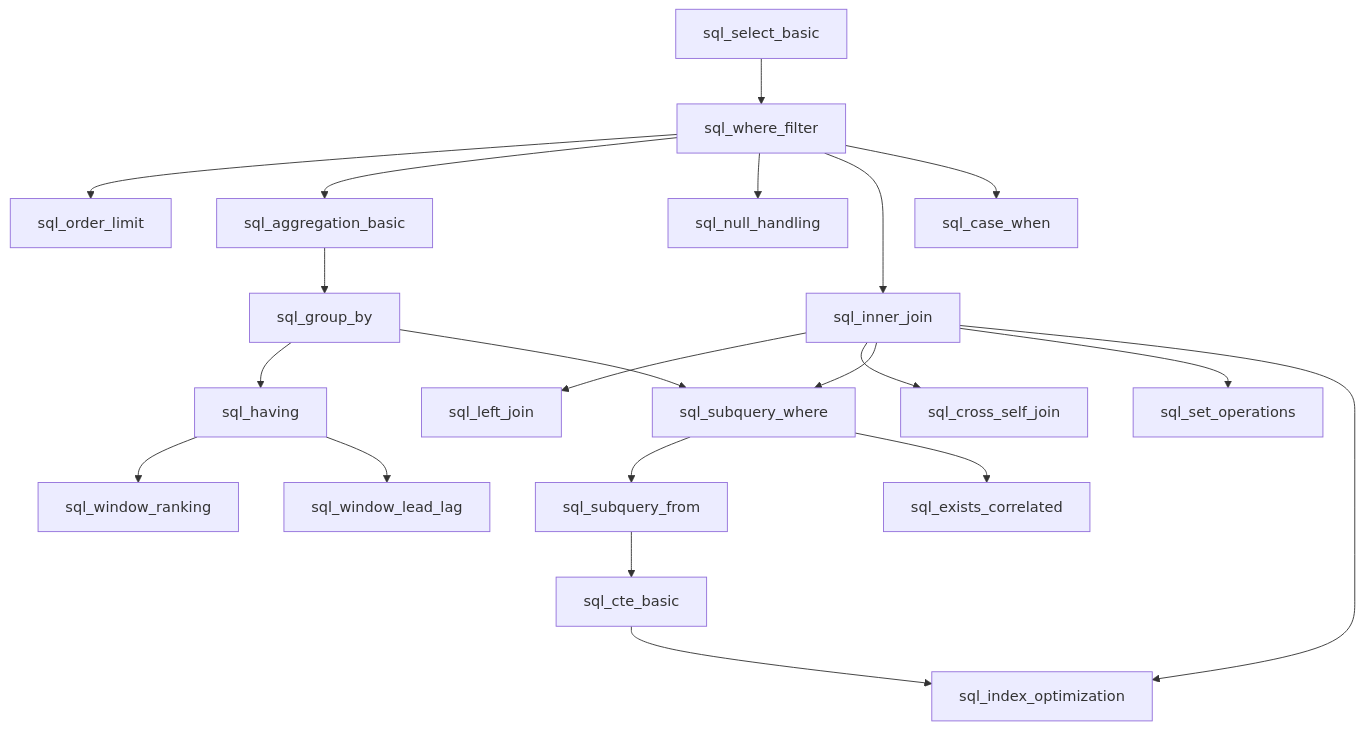
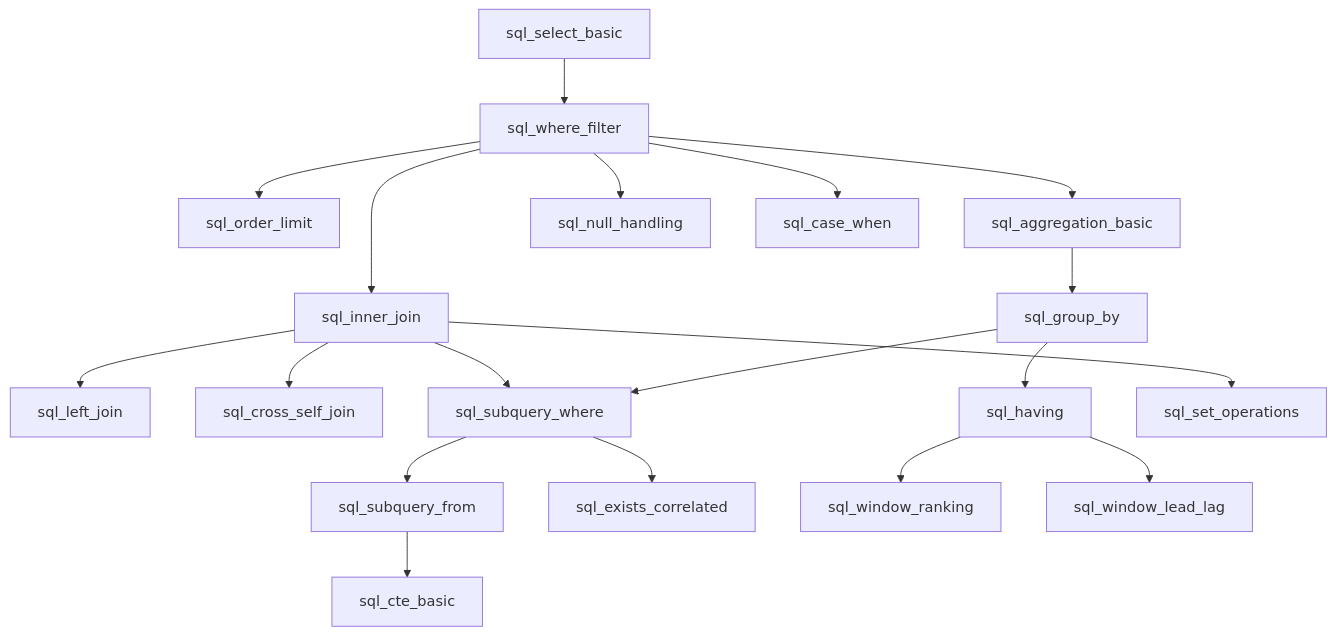
The diagram in .onion/SPEC-knowledge-graph.md (diepvanhieu25-tech/ascend-lms), drawn with Mermaid before and after one commit. The commit also changed other lines of this file and 28 other files, not shown here.

````diff
--- a/.onion/SPEC-knowledge-graph.md
+++ b/.onion/SPEC-knowledge-graph.md
@@ -162,28 +165,27 @@
 ```mermaid
 graph TD
     c1[sql_select_basic] --> c2[sql_where_filter]
     c2 --> c3[sql_order_limit]
     c2 --> c4[sql_aggregation_basic]
     c2 --> c5[sql_null_handling]
     
     c2 --> c6[sql_inner_join]
     c6 --> c7[sql_left_join]
     c6 --> c8[sql_cross_self_join]
     
     c4 --> c9[sql_group_by]
     c9 --> c10[sql_having]
     
     c6 --> c11[sql_subquery_where]
     c9 --> c11
     c11 --> c12[sql_subquery_from]
     c11 --> c13[sql_exists_correlated]
     
     c6 --> c14[sql_set_operations]
     c2 --> c15[sql_case_when]
     
     c12 --> c16[sql_cte_basic]
     c10 --> c17[sql_window_ranking]
     c10 --> c18[sql_window_lead_lag]
-    c16 --> c19[sql_index_optimization]
-    c6 --> c19
+
 ```
````
